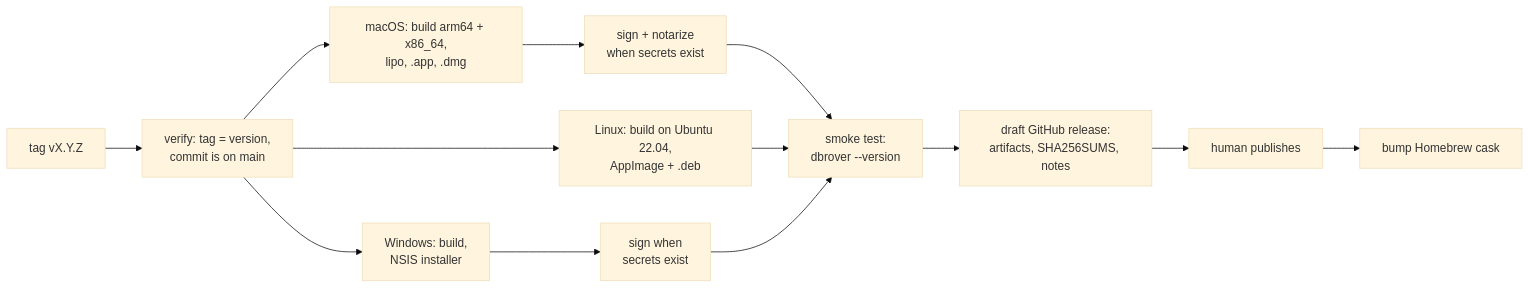
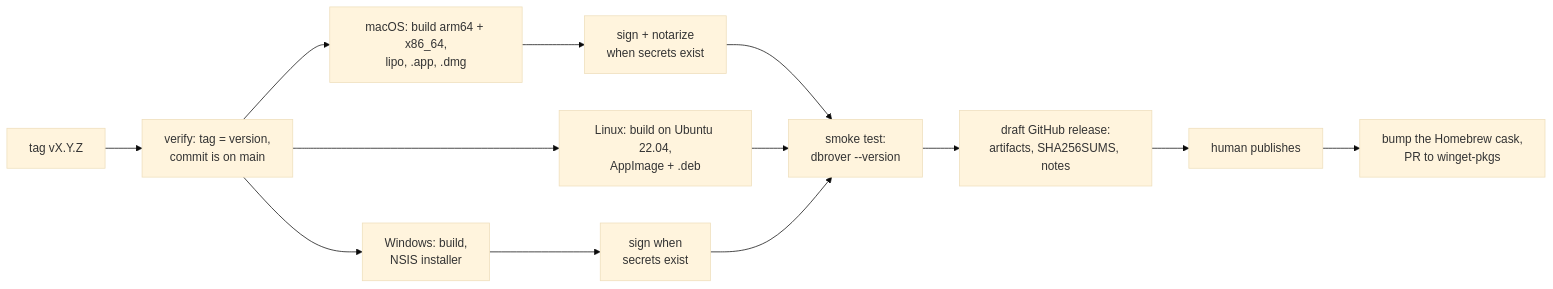
Before and after one commit to navasvarela/dbdesk: the diagram in docs/releasing.md, drawn with Mermaid (base theme). The commit also changed other lines of this file and 1 other file, not shown here.

First line of the commit message:
ci: bump the Homebrew cask and winget after a release is published (#222)

````diff
--- a/docs/releasing.md
+++ b/docs/releasing.md
@@ -37,15 +38,15 @@
 ```mermaid
 flowchart LR
     T[tag vX.Y.Z] --> V[verify: tag = version,<br/>commit is on main]
     V --> M[macOS: build arm64 + x86_64,<br/>lipo, .app, .dmg]
     V --> L[Linux: build on Ubuntu 22.04,<br/>AppImage + .deb]
     V --> W[Windows: build,<br/>NSIS installer]
     M --> S[sign + notarize<br/>when secrets exist]
     W --> S2[sign when<br/>secrets exist]
     S --> K[smoke test:<br/>dbrover --version]
     L --> K
     S2 --> K
     K --> R[draft GitHub release:<br/>artifacts, SHA256SUMS, notes]
     R --> P[human publishes]
-    P --> H[bump Homebrew cask]
+    P --> H[bump the Homebrew cask,<br/>PR to winget-pkgs]
 ```
````
